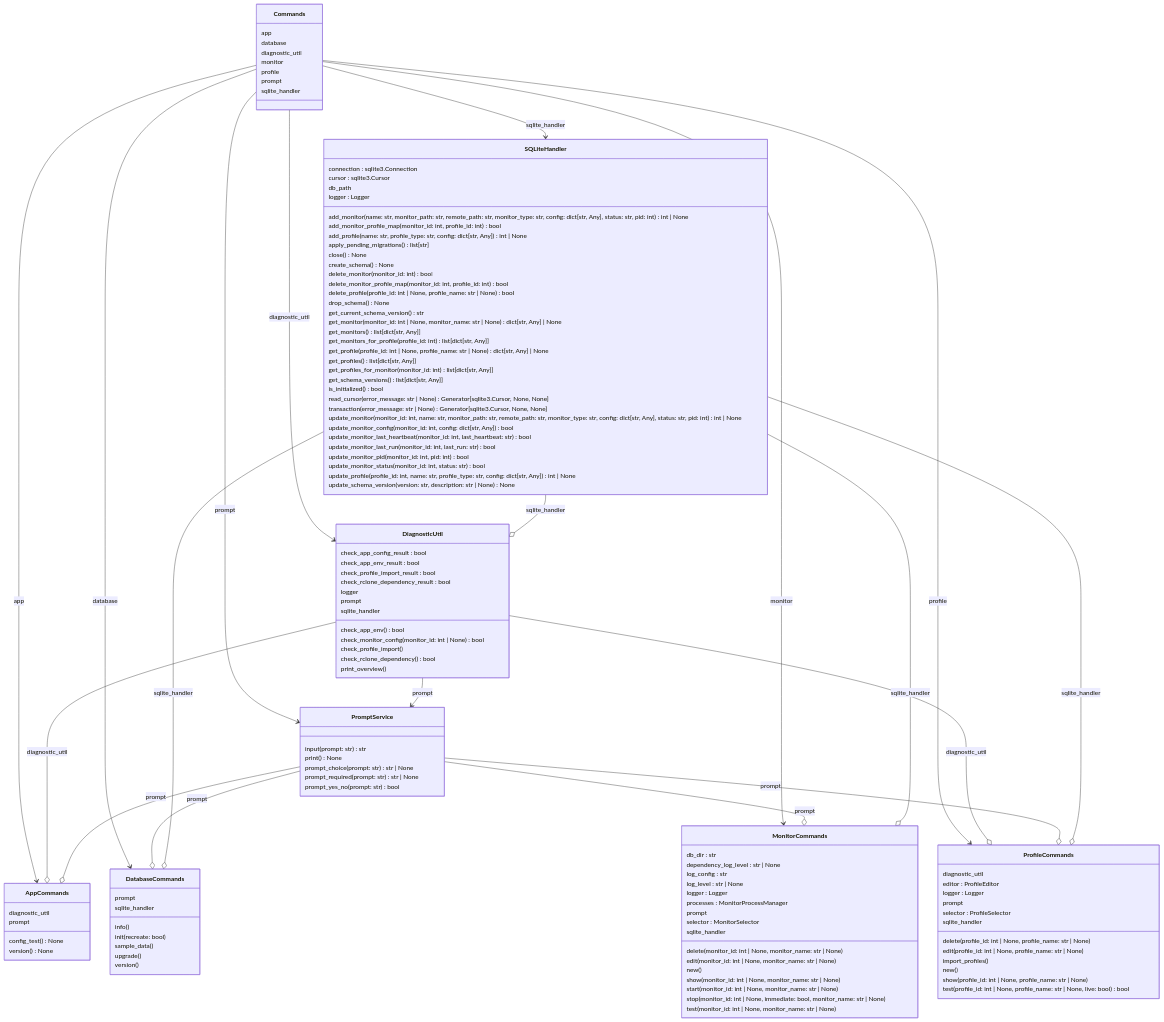
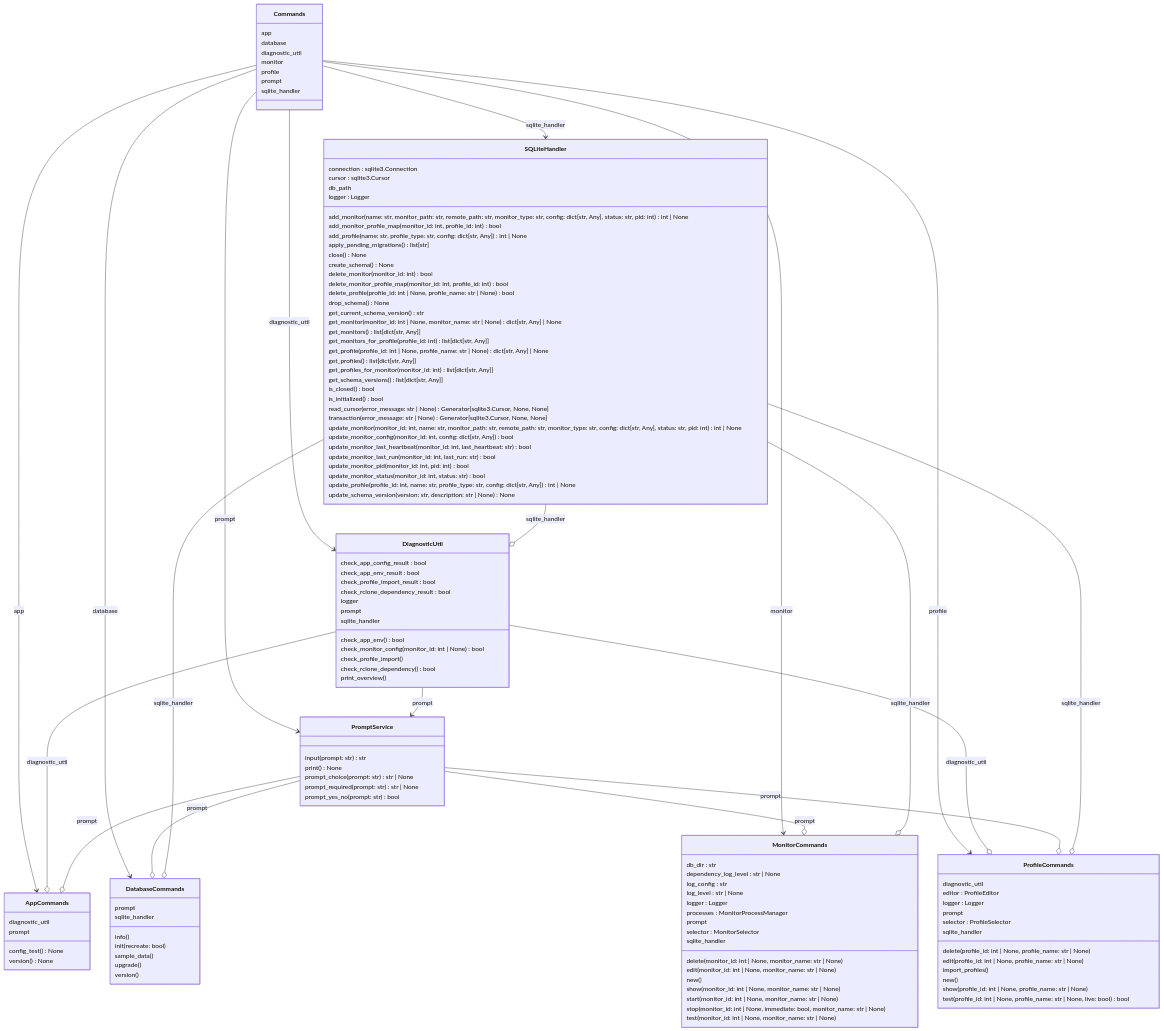
The second of 2 diagrams in ARCHITECTURE.md (Transparent-Systems/monitorhub), drawn with Mermaid before and after one commit. The commit also changed 5 other files, not shown here.

```diff
--- a/ARCHITECTURE.md
+++ b/ARCHITECTURE.md
@@ -201,6 +201,7 @@
     get_profiles() list[dict[str, Any]]
     get_profiles_for_monitor(monitor_id: int) list[dict[str, Any]]
     get_schema_versions() list[dict[str, Any]]
+    is_closed() bool
     is_initialized() bool
     read_cursor(error_message: str | None) Generator[sqlite3.Cursor, None, None]
     transaction(error_message: str | None) Generator[sqlite3.Cursor, None, None]
```
